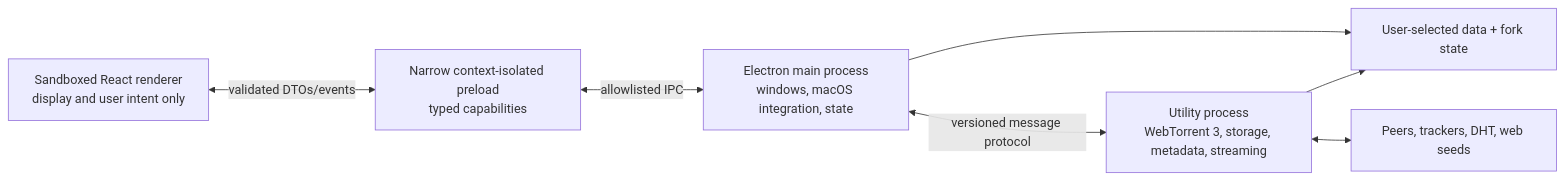
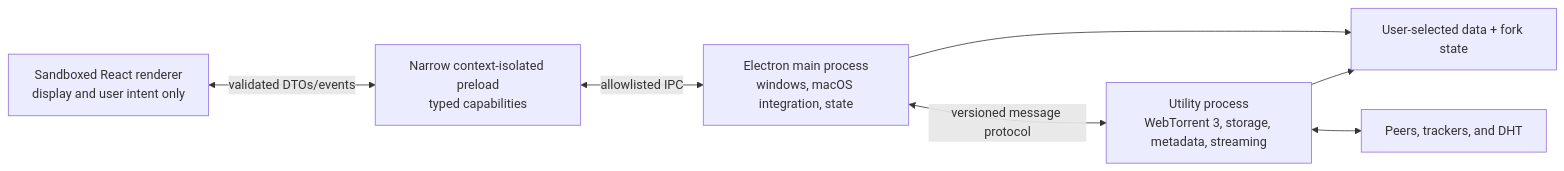
Before and after one commit to 1337Core/webtorrent-desktop: the diagram in plan.md, drawn with Mermaid. The commit also changed other lines of this file, not shown here.

First line of the commit message:
docs: amend engine, DHT, and dependency contract

````diff
--- a/plan.md
+++ b/plan.md
@@ -239,16 +283,16 @@
 ```mermaid
 flowchart LR
   UI["Sandboxed React renderer<br/>display and user intent only"]
   PRE["Narrow context-isolated preload<br/>typed capabilities"]
   MAIN["Electron main process<br/>windows, macOS integration, state"]
   ENG["Utility process<br/>WebTorrent 3, storage, metadata, streaming"]
   DISK["User-selected data + fork state"]
-  NET["Peers, trackers, DHT, web seeds"]
+  NET["Peers, trackers, and DHT"]
 
   UI <-->|"validated DTOs/events"| PRE
   PRE <-->|"allowlisted IPC"| MAIN
   MAIN <-->|"versioned message protocol"| ENG
   MAIN --> DISK
   ENG --> DISK
   ENG <--> NET
 ```
````
